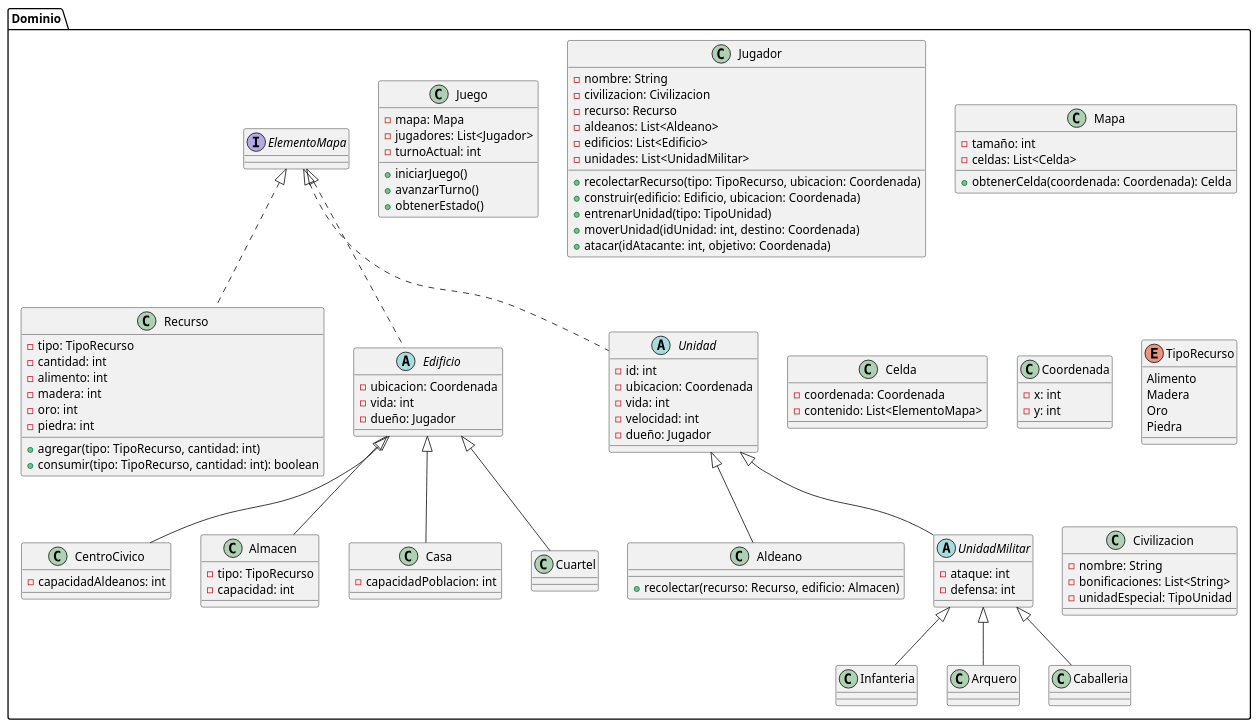
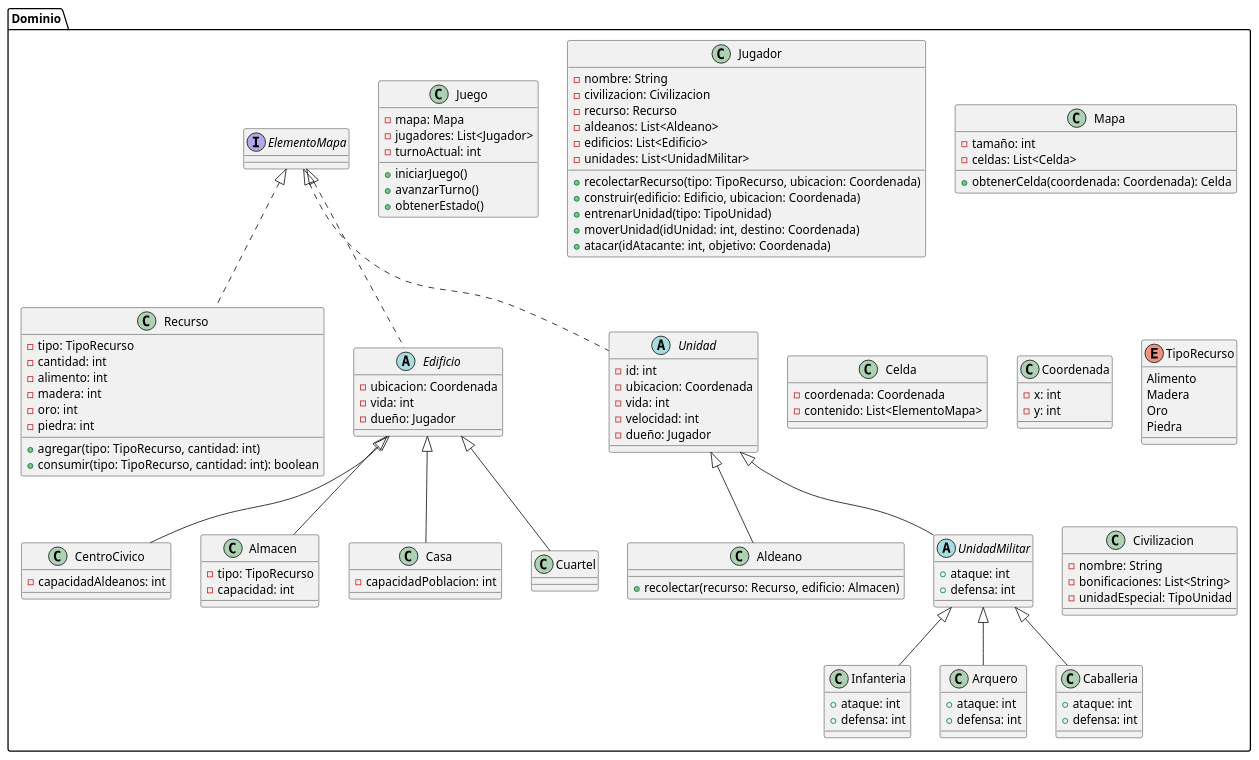
Before and after one commit to mcaetano7/proyectop22025: the diagram in src/scratch.puml, drawn with PlantUML.

Commit message:
actualizo

```diff
--- a/src/scratch.puml
+++ b/src/scratch.puml
@@ -1,125 +1,132 @@
 @startuml PIIProyecto2025
 
 ' Paquete principal
 package "Dominio" {
     
     class Juego {
         - mapa: Mapa
         - jugadores: List<Jugador>
         - turnoActual: int
         + iniciarJuego()
         + avanzarTurno()
         + obtenerEstado()
     }
 
     class Jugador {
         - nombre: String
         - civilizacion: Civilizacion
         - recurso: Recurso
         - aldeanos: List<Aldeano>
         - edificios: List<Edificio>
         - unidades: List<UnidadMilitar>
         + recolectarRecurso(tipo: TipoRecurso, ubicacion: Coordenada)
         + construir(edificio: Edificio, ubicacion: Coordenada)
         + entrenarUnidad(tipo: TipoUnidad)
         + moverUnidad(idUnidad: int, destino: Coordenada)
         + atacar(idAtacante: int, objetivo: Coordenada)
     }
 
     class Mapa {
         - tamaño: int
         - celdas: List<Celda>
         + obtenerCelda(coordenada: Coordenada): Celda
     }
 
     class Celda {
         - coordenada: Coordenada
         - contenido: List<ElementoMapa>
     }
 
     class Coordenada {
         - x: int
         - y: int
     }
 
     interface ElementoMapa {
     }
 
     class Recurso implements ElementoMapa {
         - tipo: TipoRecurso
         - cantidad: int
     }
 
     enum TipoRecurso {
         Alimento
         Madera
         Oro
         Piedra
     }
 
     class Recurso {
         - alimento: int
         - madera: int
         - oro: int
         - piedra: int
         + agregar(tipo: TipoRecurso, cantidad: int)
         + consumir(tipo: TipoRecurso, cantidad: int): boolean
     }
 
     class Civilizacion {
         - nombre: String
         - bonificaciones: List<String>
         - unidadEspecial: TipoUnidad
     }
 
     abstract class Edificio implements ElementoMapa {
         - ubicacion: Coordenada
         - vida: int
         - dueño: Jugador
     }
 
     class CentroCivico extends Edificio {
         - capacidadAldeanos: int
     }
 
     class Almacen extends Edificio {
         - tipo: TipoRecurso
         - capacidad: int
     }
 
     class Casa extends Edificio {
         - capacidadPoblacion: int
     }
 
     class Cuartel extends Edificio {
     }
 
     abstract class Unidad implements ElementoMapa {
         - id: int
         - ubicacion: Coordenada
         - vida: int
         - velocidad: int
         - dueño: Jugador
     }
 
     class Aldeano extends Unidad {
         + recolectar(recurso: Recurso, edificio: Almacen)
     }
 
     abstract class UnidadMilitar extends Unidad {
-        - ataque: int
-        - defensa: int
+        + ataque: int
+        + defensa: int
     }
 
     class Infanteria extends UnidadMilitar {
+        + ataque: int 
+        + defensa: int
+    
     }
 
     class Arquero extends UnidadMilitar {
+        + ataque: int 
+        + defensa: int 
     }
 
     class Caballeria extends UnidadMilitar {
+        + ataque: int 
+        + defensa: int 
     }
 
 }
 
 @enduml
```
